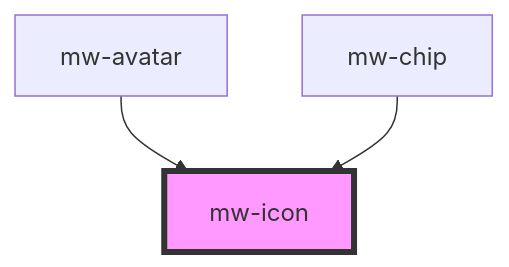
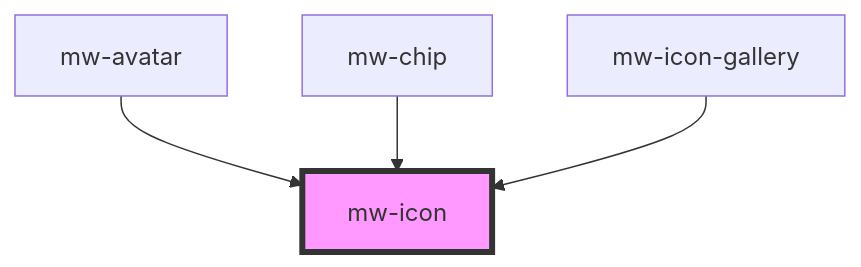
One commit to MaibornWolff/mwui changed the diagram in tlm-stencil/src/components/mw-icon/readme.md. Above: the diagram before and after it, drawn with Mermaid. The commit also changed other lines of this file and 31 other files, not shown here.

Commit message:
add icon-gallery

````diff
--- a/tlm-stencil/src/components/mw-icon/readme.md
+++ b/tlm-stencil/src/components/mw-icon/readme.md
@@ -25,6 +27,7 @@
 ```mermaid
 graph TD;
   mw-avatar --> mw-icon
   mw-chip --> mw-icon
+  mw-icon-gallery --> mw-icon
   style mw-icon fill:#f9f,stroke:#333,stroke-width:4px
 ```
````
